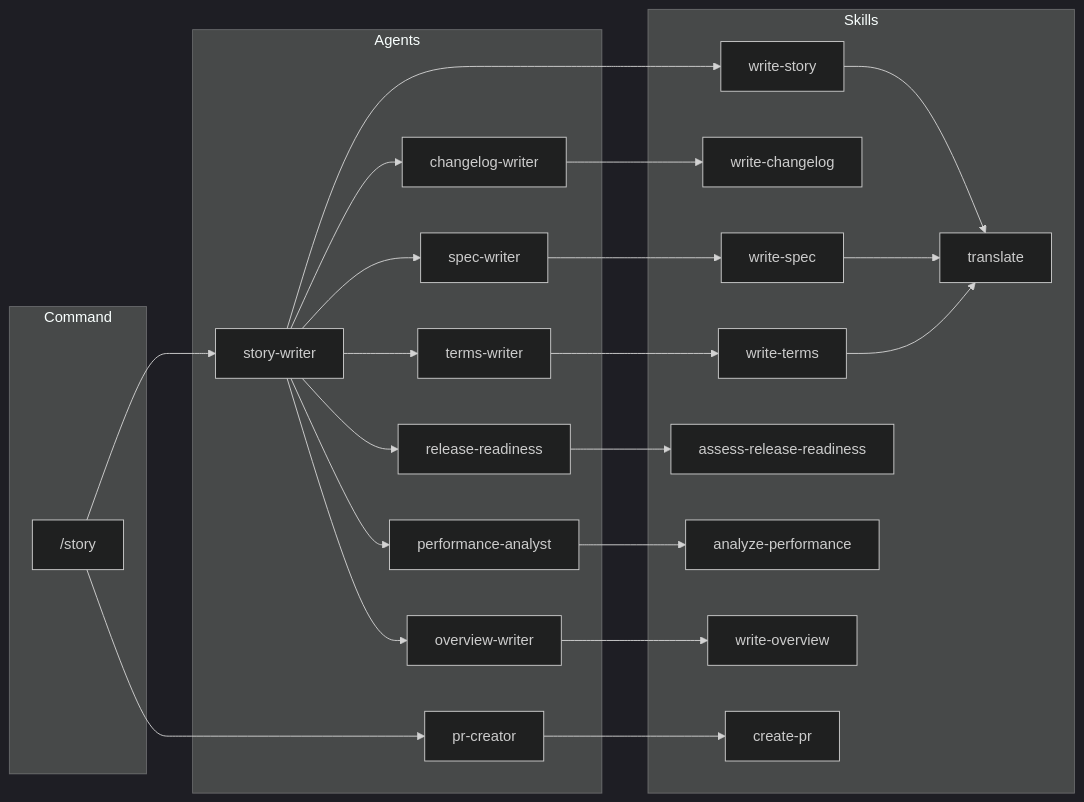
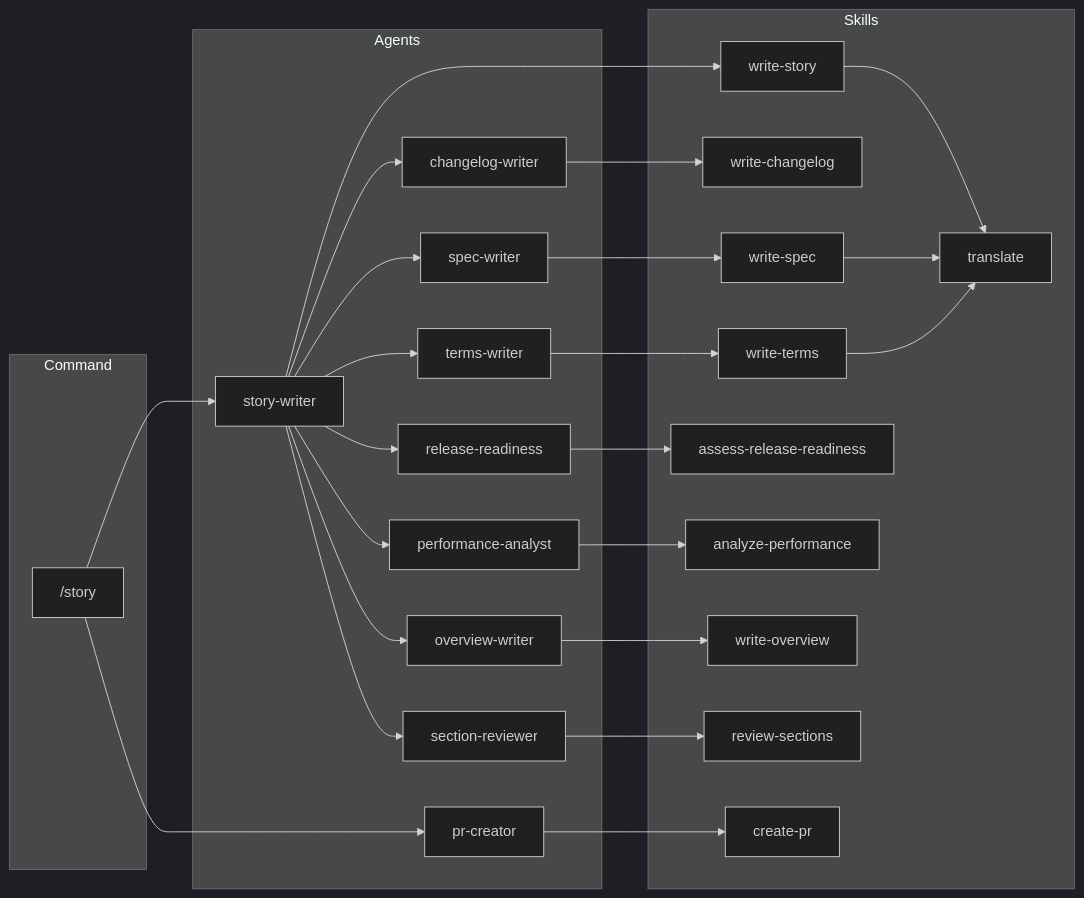
One commit to qmu/workaholic changed the fourth of 6 diagrams in .workaholic/specs/architecture.md. Above: the diagram before and after it, drawn with Mermaid (dark theme). The commit also changed other lines of this file and 5 other files, not shown here.

First line of the commit message:
Add section-reviewer subagent for story sections 5-8

````diff
--- a/.workaholic/specs/architecture.md
+++ b/.workaholic/specs/architecture.md
@@ -235,48 +236,51 @@
 ```mermaid
 flowchart LR
     subgraph Command
         story["/story"]
     end
 
     subgraph Agents
         sw[story-writer]
         cw[changelog-writer]
         spw[spec-writer]
         tw[terms-writer]
         rr[release-readiness]
         pa[performance-analyst]
         ow[overview-writer]
+        sr[section-reviewer]
         pc[pr-creator]
     end
 
     subgraph Skills
         ws[write-story]
         wc[write-changelog]
         wsp[write-spec]
         wt[write-terms]
         arr[assess-release-readiness]
         ap[analyze-performance]
         wo[write-overview]
+        rs[review-sections]
         tr[translate]
         cp[create-pr]
     end
 
     story --> sw
     story --> pc
 
-    sw --> cw & spw & tw & rr & pa & ow
+    sw --> cw & spw & tw & rr & pa & ow & sr
 
     cw --> wc
     spw --> wsp
     tw --> wt
     rr --> arr
     pa --> ap
     ow --> wo
+    sr --> rs
     sw --> ws
     pc --> cp
 
     %% Skill-to-skill
     ws --> tr
     wsp --> tr
     wt --> tr
 ```
````
